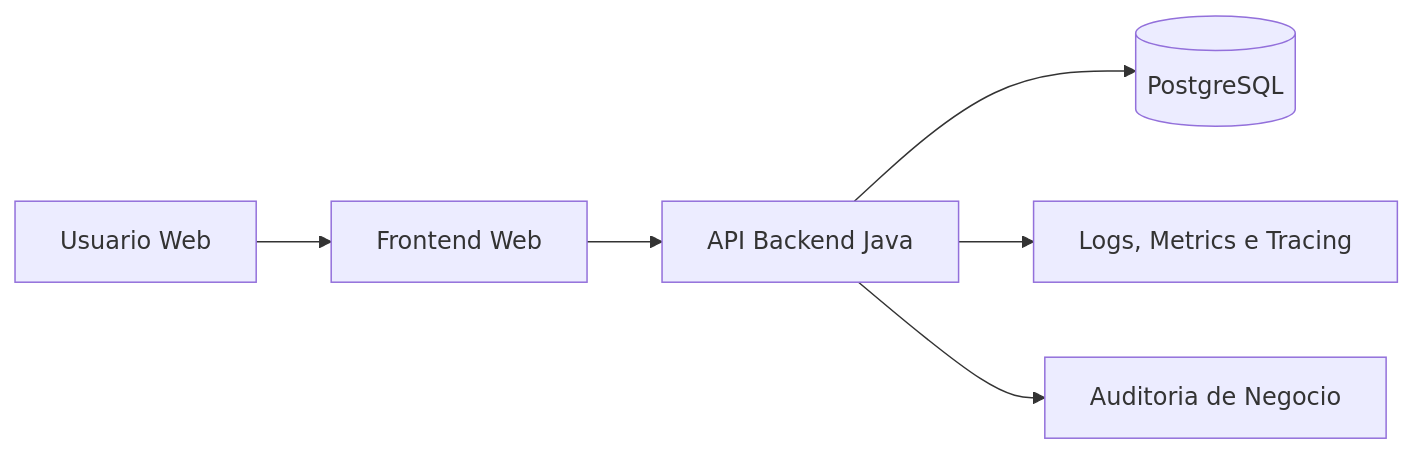
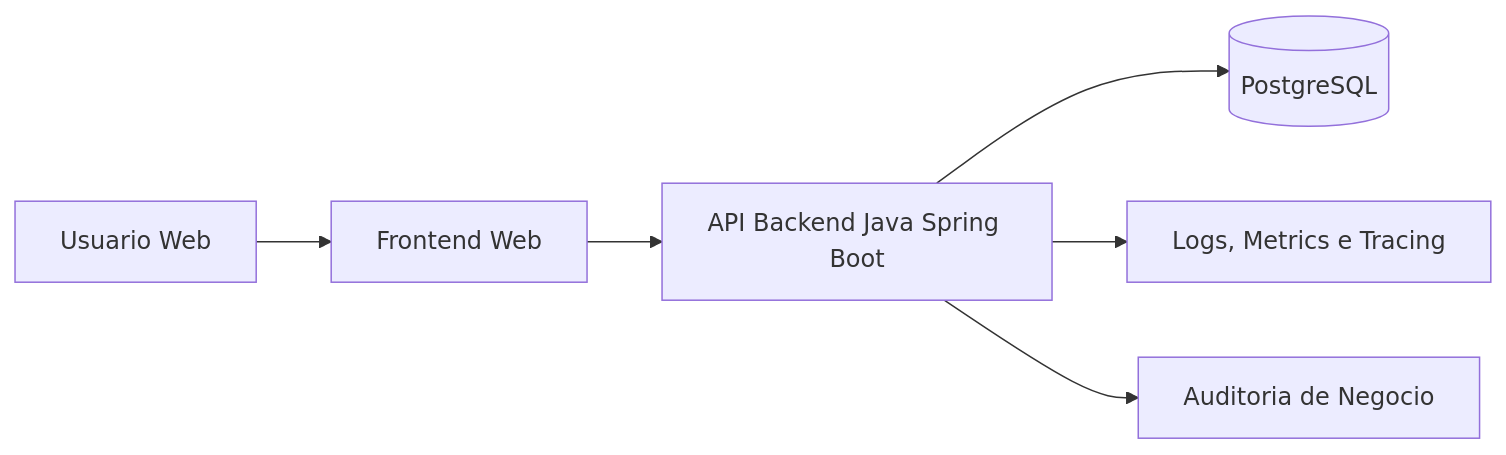
The second of 4 diagrams in docs/03-arquitetura.md (diegosantos-ai/mini-erp-modular), drawn with Mermaid before and after one commit. The commit also changed other lines of this file and 7 other files, not shown here.

````diff
--- a/docs/03-arquitetura.md
+++ b/docs/03-arquitetura.md
@@ -83,8 +86,8 @@
 ```mermaid
 flowchart LR
     U[Usuario Web] --> FE[Frontend Web]
-    FE --> API[API Backend Java]
+    FE --> API[API Backend Java Spring Boot]
     API --> DB[(PostgreSQL)]
     API --> OBS[Logs, Metrics e Tracing]
     API --> AUD[Auditoria de Negocio]
 ```
````
